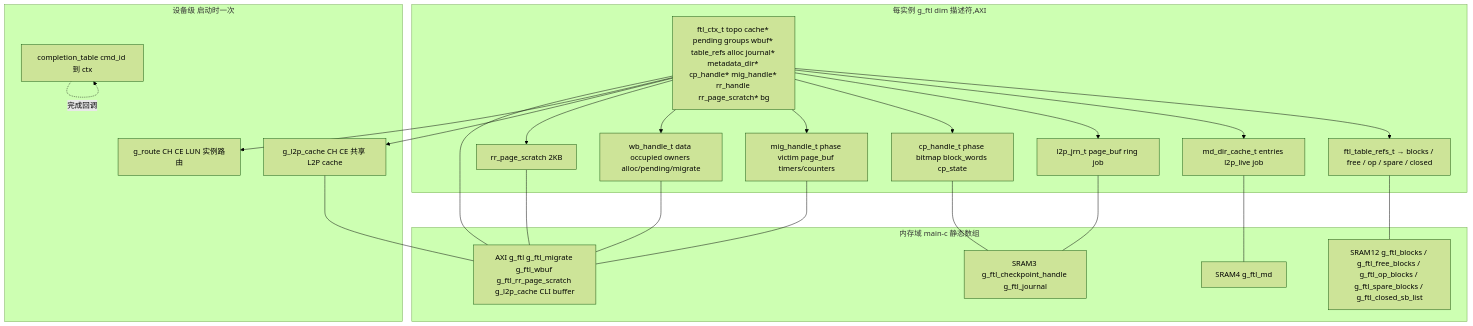
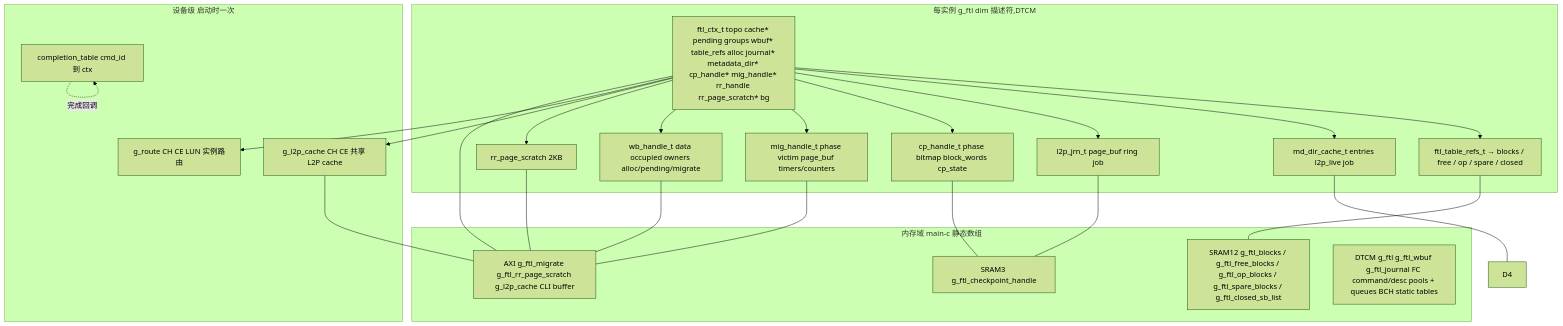
Diagram 32 of 32 in docs/design/ftl_design.md (YzYMIAO/BASESSD), drawn with Mermaid (forest theme) before and after one commit. The commit also changed other lines of this file and 26 other files, not shown here.

First line of the commit message:
feat(platform): DTCM/ITCM 热路径与 BCH 静态表收口

````diff
--- a/docs/design/ftl_design.md
+++ b/docs/design/ftl_design.md
@@ -4168,46 +4168,46 @@
 ```mermaid
 flowchart TB
     subgraph "设备级 启动时一次"
         ROUTE["g_route CH CE LUN 实例路由"]
         CT["completion_table cmd_id 到 ctx"]
         LC["g_l2p_cache CH CE 共享 L2P cache"]
     end
 
-    subgraph "每实例 g_ftl dim 描述符,AXI"
+    subgraph "每实例 g_ftl dim 描述符,DTCM"
         CTX["ftl_ctx_t topo cache* pending groups wbuf* table_refs alloc journal* metadata_dir* cp_handle* mig_handle* rr_handle rr_page_scratch* bg"]
         TAB["ftl_table_refs_t → blocks / free / op / spare / closed"]
         MD["md_dir_cache_t entries l2p_live job"]
         JRN["l2p_jrn_t page_buf ring job"]
         CPJ["cp_handle_t phase bitmap block_words cp_state"]
         MIG["mig_handle_t phase victim page_buf timers/counters"]
         WB["wb_handle_t data occupied owners alloc/pending/migrate"]
         RRS["rr_page_scratch 2KB"]
     end
 
     subgraph "内存域 main-c 静态数组"
         D12["SRAM12 g_ftl_blocks / g_ftl_free_blocks / g_ftl_op_blocks / g_ftl_spare_blocks / g_ftl_closed_sb_list"]
-        D3["SRAM3 g_ftl_checkpoint_handle g_ftl_journal"]
-        D4["SRAM4 g_ftl_md"]
-        AX["AXI g_ftl g_ftl_migrate g_ftl_wbuf g_ftl_rr_page_scratch g_l2p_cache CLI buffer"]
+        D3["SRAM3 g_ftl_checkpoint_handle"]
+        AX["AXI g_ftl_migrate g_ftl_rr_page_scratch g_l2p_cache CLI buffer"]
+        DT["DTCM g_ftl g_ftl_wbuf g_ftl_journal FC command/desc pools + queues BCH static tables"]
     end
 
     CTX --> TAB
     CTX --> MD
     CTX --> JRN
     CTX --> CPJ
     CTX --> MIG
     CTX --> WB
     CTX --> RRS
     CTX --> LC
     CTX --> ROUTE
     CT -.->|完成回调| CT
     TAB --- D12
     CPJ --- D3
     JRN --- D3
     MD --- D4
     MIG --- AX
     WB --- AX
     RRS --- AX
     CTX --- AX
     LC --- AX
 ```
````
